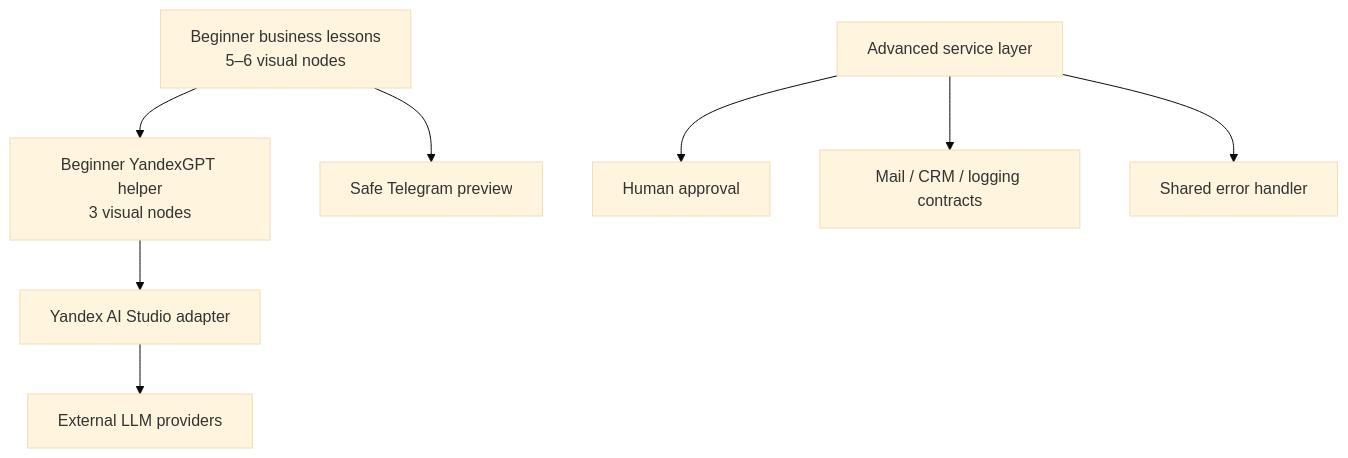
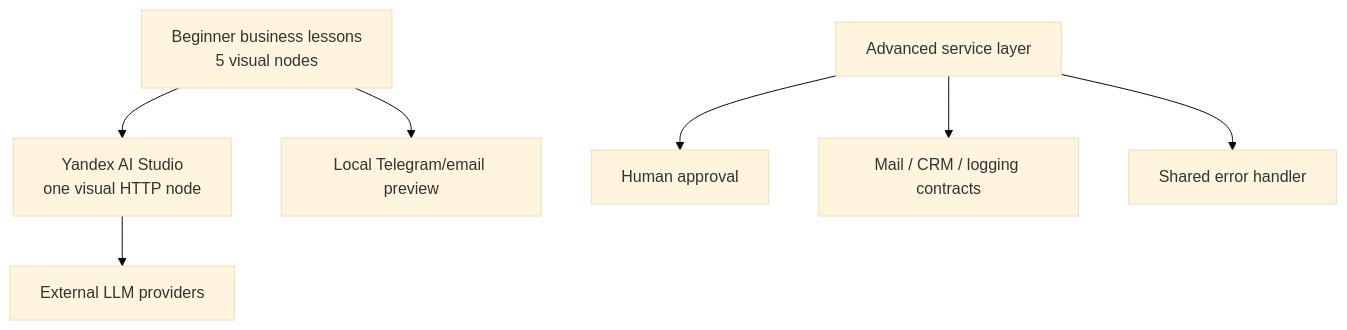
The second of 2 diagrams in docs/architecture.md (marcusaure1ius/alfa-ai-course), drawn with Mermaid (base theme) before and after one commit. The commit also changed other lines of this file and 23 other files, not shown here.

````diff
--- a/docs/architecture.md
+++ b/docs/architecture.md
@@ -113,10 +113,9 @@
 ```mermaid
 flowchart TD
-  B["Beginner business lessons\n5–6 visual nodes"] --> H["Beginner YandexGPT helper\n3 visual nodes"]
-  B --> T["Safe Telegram preview"]
-  H --> G["Yandex AI Studio adapter"]
+  B["Beginner business lessons\n5 visual nodes"] --> G["Yandex AI Studio\none visual HTTP node"]
+  B --> T["Local Telegram/email preview"]
   S["Advanced service layer"] --> A["Human approval"]
   S --> M["Mail / CRM / logging contracts"]
   S --> E["Shared error handler"]
   G --> X["External LLM providers"]
 ```
````
